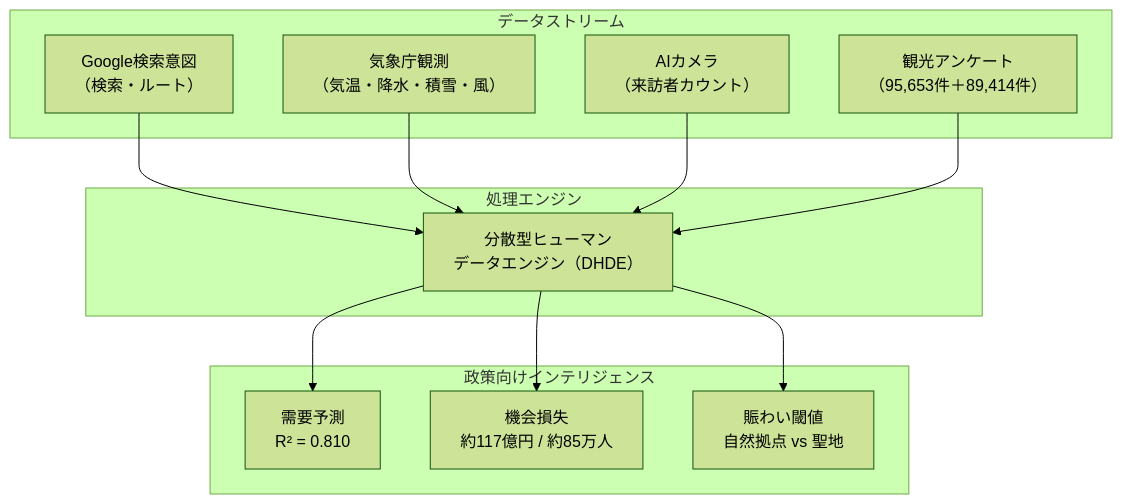
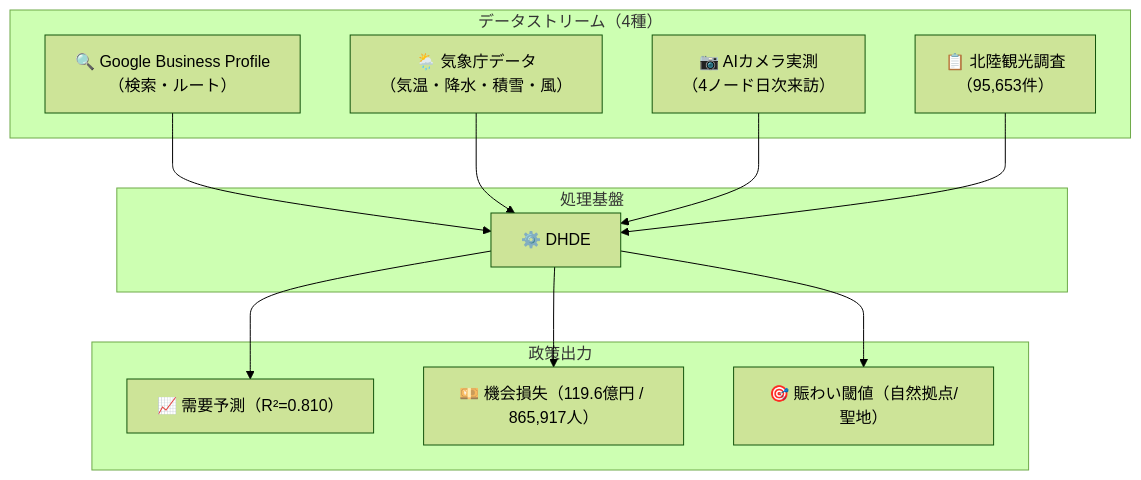
The first of 2 diagrams in output/EXECUTIVE_REPORT.ja.md (dinabelay-hub/hokuriku-tourism-ai-governance), drawn with Mermaid (forest theme) before and after one commit. The commit also changed other lines of this file and 5 other files, not shown here.

````diff
--- a/output/EXECUTIVE_REPORT.ja.md
+++ b/output/EXECUTIVE_REPORT.ja.md
@@ -18,24 +36,24 @@
 ```mermaid
 graph TD
-    subgraph Inputs["データストリーム"]
-        G["Google検索意図<br/>（検索・ルート）"]
-        W["気象庁観測<br/>（気温・降水・積雪・風）"]
-        C["AIカメラ<br/>（来訪者カウント）"]
-        S["観光アンケート<br/>（95,653件＋89,414件）"]
-    end
-    subgraph Engine["処理エンジン"]
-        M["分散型ヒューマン<br/>データエンジン（DHDE）"]
-    end
-    subgraph Outputs["政策向けインテリジェンス"]
-        F["需要予測<br/>R² = 0.810"]
-        O["機会損失<br/>約117億円 / 約85万人"]
-        V["賑わい閾値<br/>自然拠点 vs 聖地"]
-    end
-    G --> M
-    W --> M
-    C --> M
-    S --> M
-    M --> F
-    M --> O
-    M --> V
+	subgraph Inputs["データストリーム（4種）"]
+		G["🔍 Google Business Profile<br/>（検索・ルート）"]
+		W["🌦️ 気象庁データ<br/>（気温・降水・積雪・風）"]
+		C["📷 AIカメラ実測<br/>（4ノード日次来訪）"]
+		S["📋 北陸観光調査<br/>（95,653件）"]
+	end
+	subgraph Engine["処理基盤"]
+		M["⚙️ DHDE"]
+	end
+	subgraph Outputs["政策出力"]
+		F["📈 需要予測（R²=0.810）"]
+		O["💴 機会損失（119.6億円 / 865,917人）"]
+		V["🎯 賑わい閾値（自然拠点/聖地）"]
+	end
+	G --> M
+	W --> M
+	C --> M
+	S --> M
+	M --> F
+	M --> O
+	M --> V
 ```
````
